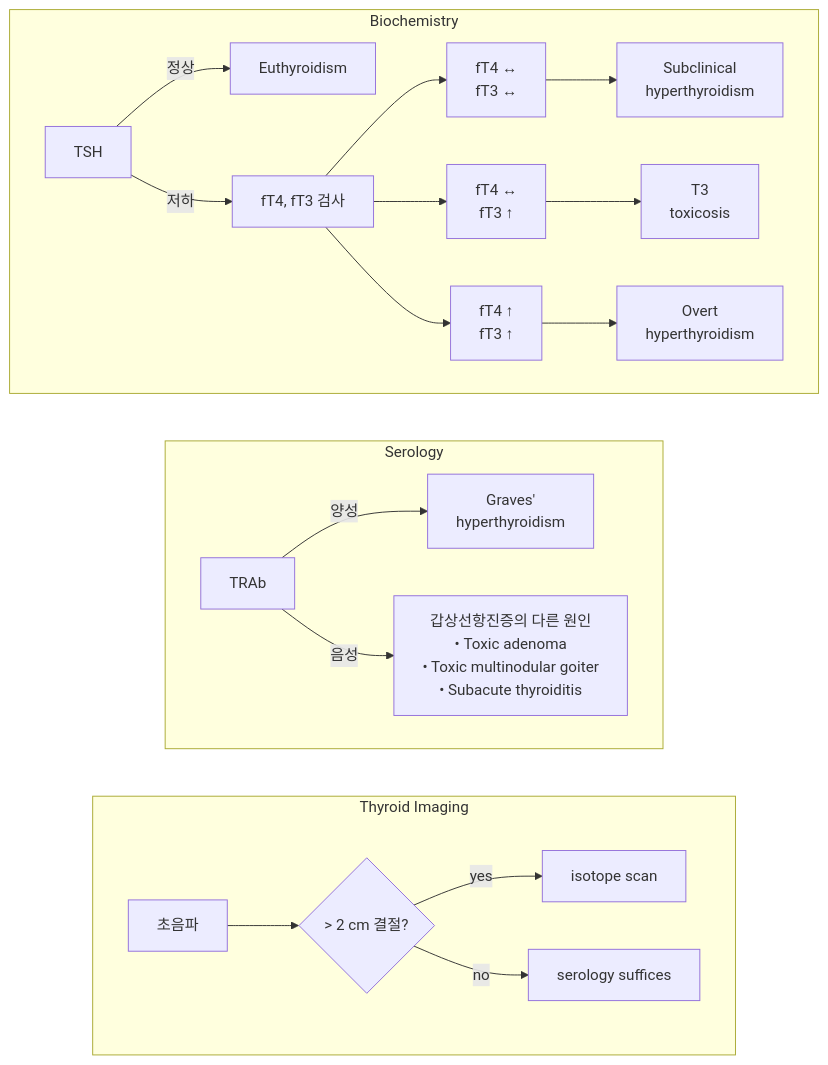
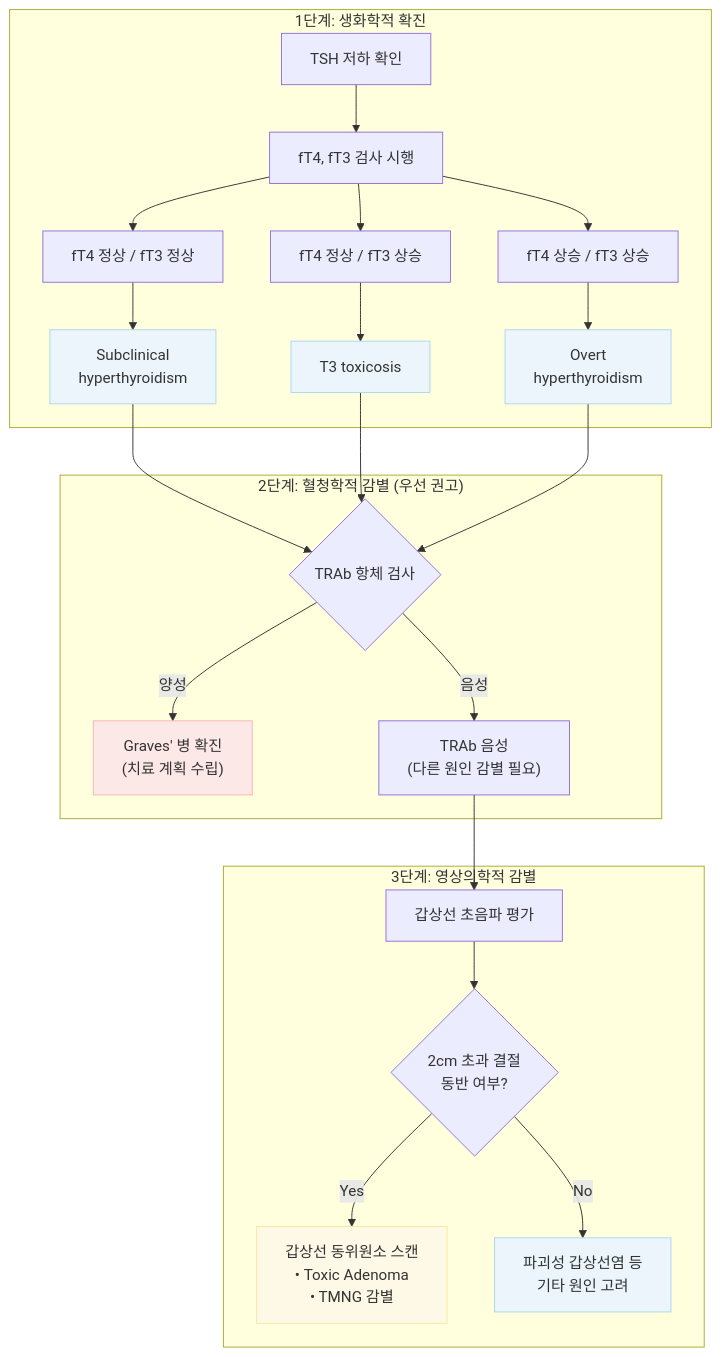
One commit to familyoh77/familyoh77 changed the first of 2 diagrams in 226_/106_-hyperthyroidism.md. Above: the diagram before and after it, drawn with Mermaid. The commit also changed other lines of this file, not shown here.

````diff
--- a/226_/106_-hyperthyroidism.md
+++ b/226_/106_-hyperthyroidism.md
@@ -100,54 +150,47 @@
 ```mermaid
 flowchart TD
     %% 1. Biochemistry
-    subgraph Biochemistry
-        TSH[TSH]
-        Euthyroidism[Euthyroidism]
-        Test["fT4, fT3 검사"]
-        
-        R1["fT4 ↔<br/>fT3 ↔"]
-        R2["fT4 ↔<br/>fT3 ↑"]
-        R3["fT4 ↑<br/>fT3 ↑"]
-        
-        Subclinical[Subclinical<br/>hyperthyroidism]
-        T3_tox[T3<br/>toxicosis]
-        Overt[Overt<br/>hyperthyroidism]
+    subgraph Biochemistry ["1단계: 생화학적 확진"]
+        TSH[TSH 저하 확인] --> Test["fT4, fT3 검사 시행"]
 
-        TSH -->|정상| Euthyroidism
-        TSH -->|저하| Test
-        
-        Test --> R1
-        Test --> R2
-        Test --> R3
-        
-        R1 --> Subclinical
-        R2 --> T3_tox
-        R3 --> Overt
+        Test --> R1["fT4 정상 / fT3 정상"]
+        Test --> R2["fT4 정상 / fT3 상승"]
+        Test --> R3["fT4 상승 / fT3 상승"]
+
+        R1 --> Subclinical[Subclinical<br/>hyperthyroidism]
+        R2 --> T3_tox[T3 toxicosis]
+        R3 --> Overt[Overt<br/>hyperthyroidism]
     end
 
-    %% 2. Serology
-    subgraph Serology
-        TRAb[TRAb]
-        Graves["Graves'<br/>hyperthyroidism"]
-        Others["갑상선항진증의 다른 원인<br/>• Toxic adenoma<br/>• Toxic multinodular goiter<br/>• Subacute thyroiditis"]
+    %% 2. Serology Connection
+    Subclinical --> TRAb
+    T3_tox --> TRAb
+    Overt --> TRAb
+
+    subgraph Serology ["2단계: 혈청학적 감별 (우선 권고)"]
+        TRAb{"TRAb 항체 검사"}
+        Graves["Graves' 병 확진<br>(치료 계획 수립)"]
+        Others["TRAb 음성<br>(다른 원인 감별 필요)"]
 
         TRAb -->|양성| Graves
         TRAb -->|음성| Others
     end
 
-    %% 3. Thyroid Imaging
-    subgraph Thyroid_Imaging["Thyroid Imaging"]
-        US[초음파]
-        Nodule{"> 2 cm 결절?"}
-        Isotope[isotope scan]
-        Suffices[serology suffices]
+    %% 3. Thyroid Imaging Connection
+    Others --> US
 
-        US --> Nodule
-        Nodule -->|yes| Isotope
-        Nodule -->|no| Suffices
+    subgraph Thyroid_Imaging ["3단계: 영상의학적 감별"]
+        US[갑상선 초음파 평가] --> Nodule{"2cm 초과 결절<br>동반 여부?"}
+        Nodule -->|Yes| Isotope[갑상선 동위원소 스캔<br>• Toxic Adenoma<br>• TMNG 감별]
+        Nodule -->|No| Destructive[파괴성 갑상선염 등<br>기타 원인 고려]
     end
 
-    %% 서브그래프들을 세로로 강제 정렬하기 위한 invisible link
-    Biochemistry ~~~ Serology
-    Serology ~~~ Thyroid_Imaging
+    %% Style Definitions
+    classDef pink fill:#FDE8E8,stroke:#F8B4B4,stroke-width:1px;
+    classDef yellow fill:#FEF9E7,stroke:#F9E79F,stroke-width:1px;
+    classDef blue fill:#EBF5FB,stroke:#AED6F1,stroke-width:1px;
+
+    class Graves pink;
+    class Isotope yellow;
+    class Subclinical blue; class T3_tox blue; class Overt blue; class Destructive blue;
 ```
````
